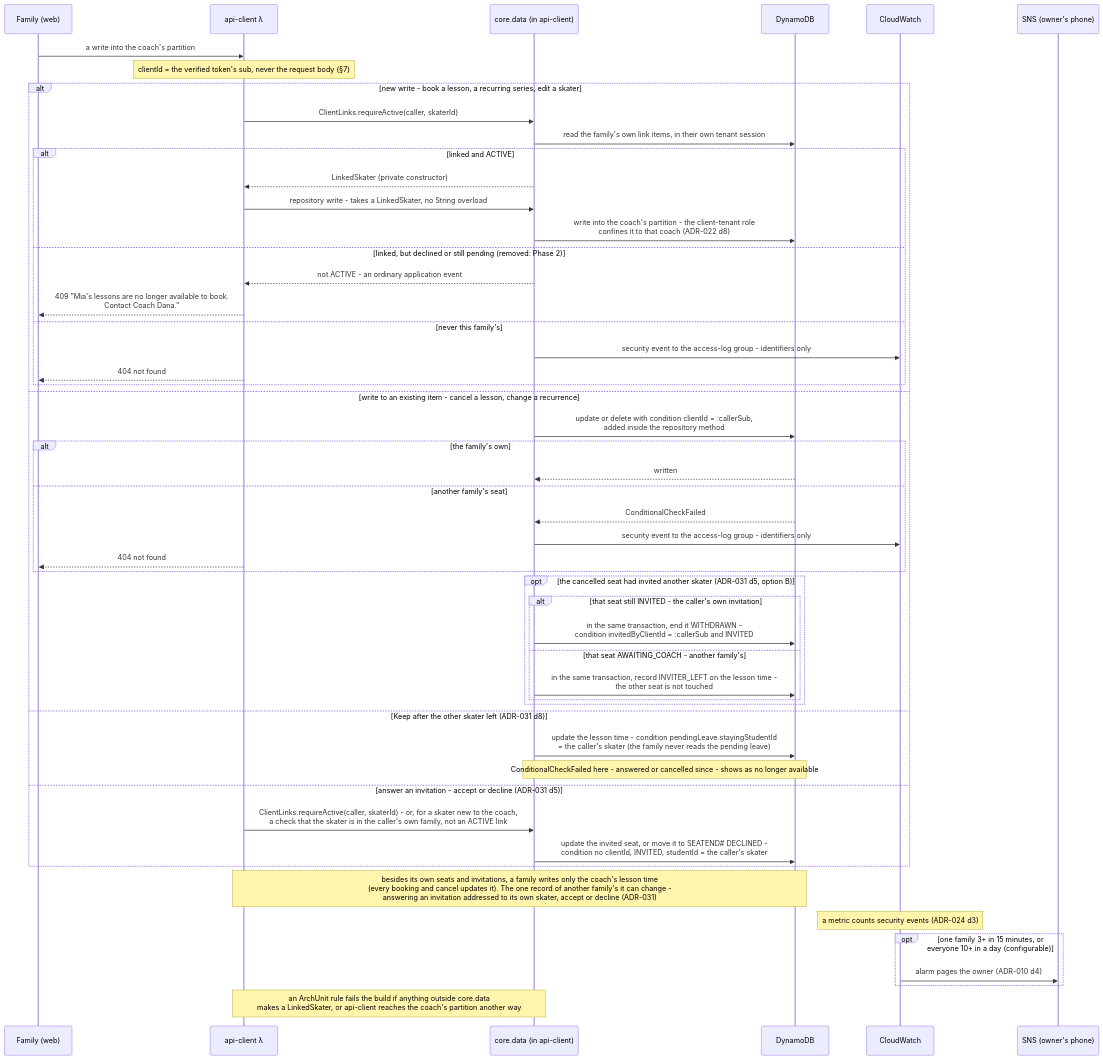
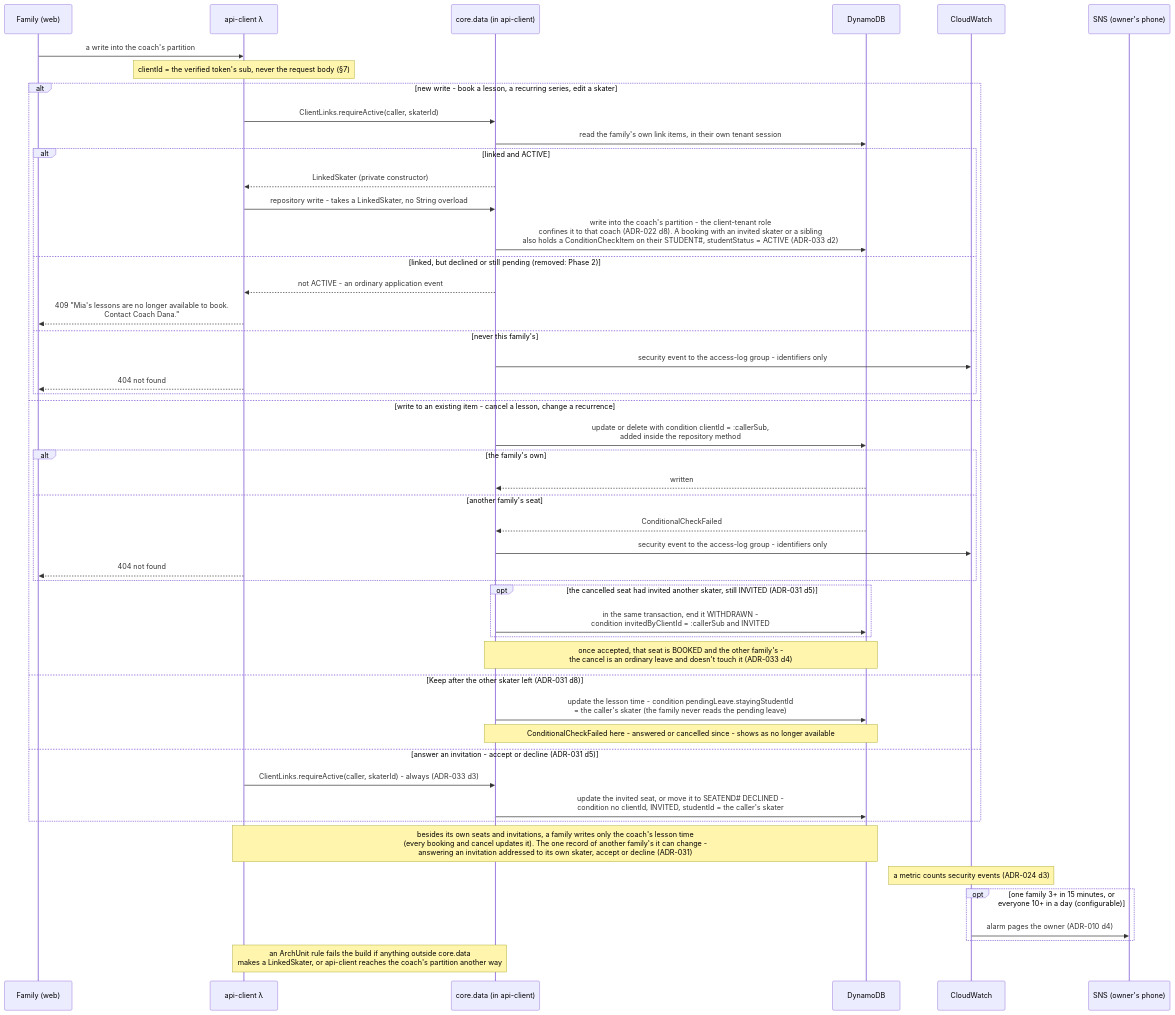
Diagram 25 of 29 in docs/architecture.md (jessicamvega6/bladebook), drawn with Mermaid before and after one commit. The commit also changed other lines of this file and 32 other files, not shown here.

First line of the commit message:
Bring docs and diagrams in line with ADR-033 and today's decisions

````diff
--- a/docs/architecture.md
+++ b/docs/architecture.md
@@ -2044,54 +2027,51 @@
 ```mermaid
 sequenceDiagram
     participant F as Family (web)
     participant API as api-client λ
     participant CD as core.data (in api-client)
     participant DB as DynamoDB
     participant CW as CloudWatch
     participant SNS as SNS (owner's phone)
     F->>API: a write into the coach's partition
     Note over API: clientId = the verified token's sub, never the request body (§7)
     alt new write - book a lesson, a recurring series, edit a skater
         API->>CD: ClientLinks.requireActive(caller, skaterId)
         CD->>DB: read the family's own link items, in their own tenant session
         alt linked and ACTIVE
             CD-->>API: LinkedSkater (private constructor)
             API->>CD: repository write - takes a LinkedSkater, no String overload
-            CD->>DB: write into the coach's partition - the client-tenant role<br/>confines it to that coach (ADR-022 d8)
+            CD->>DB: write into the coach's partition - the client-tenant role<br/>confines it to that coach (ADR-022 d8). A booking with an invited skater or a sibling<br/>also holds a ConditionCheckItem on their STUDENT#35;, studentStatus = ACTIVE (ADR-033 d2)
         else linked, but declined or still pending (removed: Phase 2)
             CD-->>API: not ACTIVE - an ordinary application event
             API-->>F: 409 "Mia's lessons are no longer available to book.<br/>Contact Coach Dana."
         else never this family's
             CD->>CW: security event to the access-log group - identifiers only
             API-->>F: 404 not found
         end
     else write to an existing item - cancel a lesson, change a recurrence
         CD->>DB: update or delete with condition clientId = :callerSub,<br/>added inside the repository method
         alt the family's own
             DB-->>CD: written
         else another family's seat
             DB-->>CD: ConditionalCheckFailed
             CD->>CW: security event to the access-log group - identifiers only
             API-->>F: 404 not found
         end
-        opt the cancelled seat had invited another skater (ADR-031 d5, option B)
-            alt that seat still INVITED - the caller's own invitation
-                CD->>DB: in the same transaction, end it WITHDRAWN -<br/>condition invitedByClientId = :callerSub and INVITED
-            else that seat AWAITING_COACH - another family's
-                CD->>DB: in the same transaction, record INVITER_LEFT on the lesson time -<br/>the other seat is not touched
-            end
+        opt the cancelled seat had invited another skater, still INVITED (ADR-031 d5)
+            CD->>DB: in the same transaction, end it WITHDRAWN -<br/>condition invitedByClientId = :callerSub and INVITED
         end
+        Note over CD,DB: once accepted, that seat is BOOKED and the other family's -<br/>the cancel is an ordinary leave and doesn't touch it (ADR-033 d4)
     else Keep after the other skater left (ADR-031 d8)
         CD->>DB: update the lesson time - condition pendingLeave.stayingStudentId<br/>= the caller's skater (the family never reads the pending leave)
         Note over CD,DB: ConditionalCheckFailed here - answered or cancelled since - shows as no longer available
     else answer an invitation - accept or decline (ADR-031 d5)
-        API->>CD: ClientLinks.requireActive(caller, skaterId) - or, for a skater new to the coach,<br/>a check that the skater is in the caller's own family, not an ACTIVE link
+        API->>CD: ClientLinks.requireActive(caller, skaterId) - always (ADR-033 d3)
         CD->>DB: update the invited seat, or move it to SEATEND#35; DECLINED -<br/>condition no clientId, INVITED, studentId = the caller's skater
     end
     Note over API,DB: besides its own seats and invitations, a family writes only the coach's lesson time<br/>(every booking and cancel updates it). The one record of another family's it can change -<br/>answering an invitation addressed to its own skater, accept or decline (ADR-031)
     Note over CW: a metric counts security events (ADR-024 d3)
     opt one family 3+ in 15 minutes, or everyone 10+ in a day (configurable)
         CW->>SNS: alarm pages the owner (ADR-010 d4)
     end
     Note over API,CD: an ArchUnit rule fails the build if anything outside core.data<br/>makes a LinkedSkater, or api-client reaches the coach's partition another way
 ```
````
